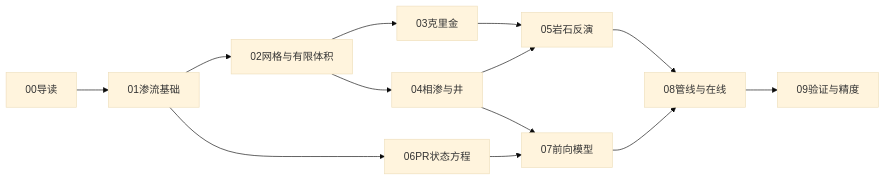
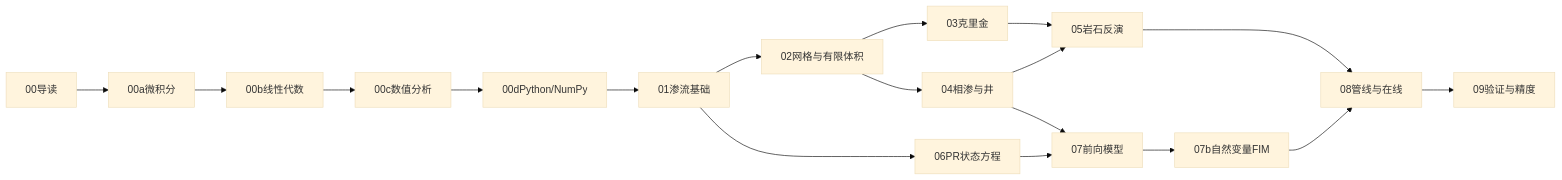
One commit to zhihao2020/reservoir_backend changed the diagram in docs/原理学习/00-导读与学习路线.md. Above: the diagram before and after it, drawn with Mermaid (base theme). The commit also changed other lines of this file and 10 other files, not shown here.

````diff
--- a/docs/原理学习/00-导读与学习路线.md
+++ b/docs/原理学习/00-导读与学习路线.md
@@ -65,15 +65,20 @@
 ```mermaid
 flowchart LR
-    s00[00导读] --> s01[01渗流基础]
+    s00[00导读] --> s00a[00a微积分]
+    s00a --> s00b[00b线性代数]
+    s00b --> s00c[00c数值分析]
+    s00c --> s00d[00dPython/NumPy]
+    s00d --> s01[01渗流基础]
     s01 --> s02[02网格与有限体积]
     s02 --> s03[03克里金]
     s02 --> s04[04相渗与井]
     s03 --> s05[05岩石反演]
     s04 --> s05
     s01 --> s06[06PR状态方程]
     s04 --> s07[07前向模型]
     s06 --> s07
+    s07 --> s07b[07b自然变量FIM]
     s05 --> s08[08管线与在线]
-    s07 --> s08
+    s07b --> s08
     s08 --> s09[09验证与精度]
 ```
````
